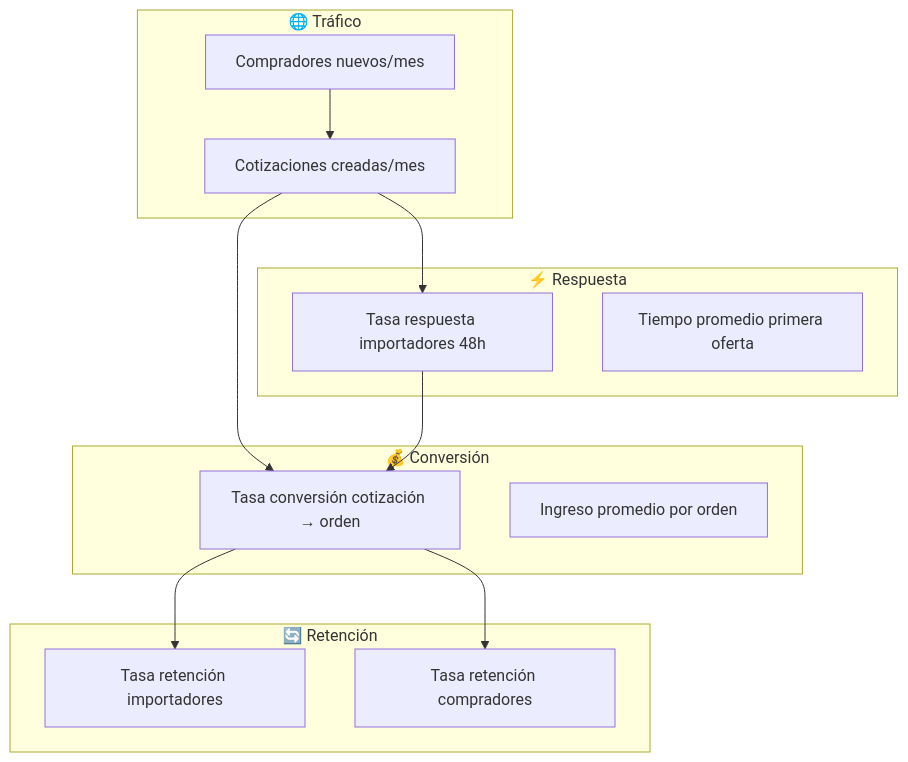
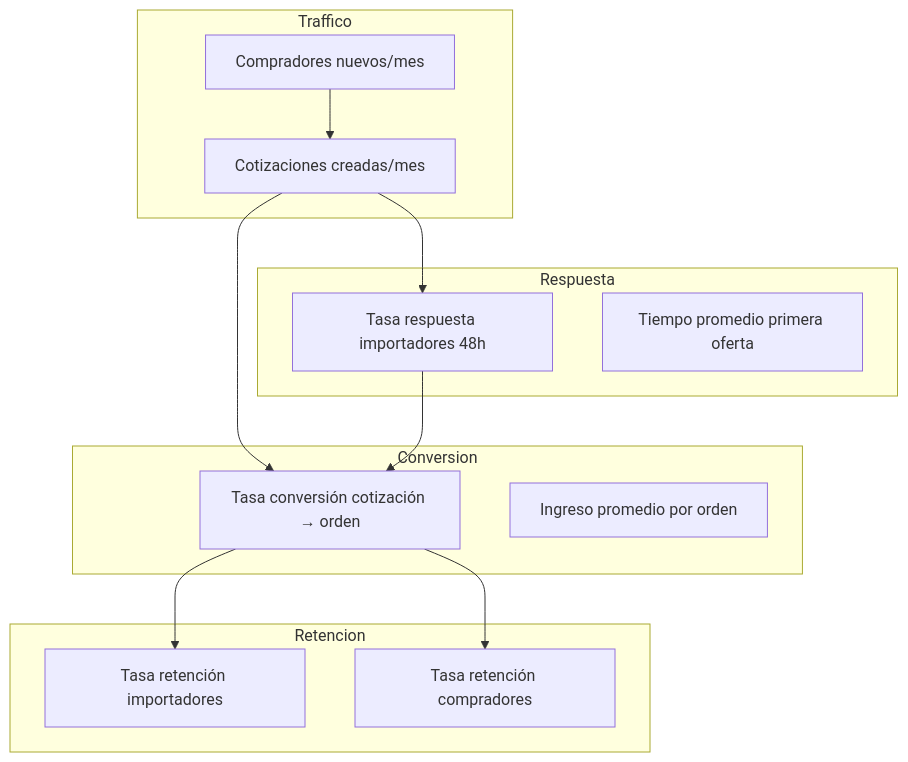
The diagram in ImportacionesQ8V/Inversionistas/Metricas-MVP.md (JuanEstebanAstaiza/ImportacionesQ8), drawn with Mermaid before and after one commit. The commit also changed other lines of this file and 19 other files, not shown here.

````diff
--- a/ImportacionesQ8V/Inversionistas/Metricas-MVP.md
+++ b/ImportacionesQ8V/Inversionistas/Metricas-MVP.md
@@ -109,29 +109,29 @@
 ```mermaid
 graph TD
-    subgraph Tráfico["🌐 Tráfico"]
+    subgraph Tráfico["Traffico"]
         T1[Compradores nuevos/mes]
         T2[Cotizaciones creadas/mes]
     end
     
-    subgraph Respuesta["⚡ Respuesta"]
+    subgraph Respuesta["Respuesta"]
         R1[Tasa respuesta importadores 48h]
         R2[Tiempo promedio primera oferta]
     end
     
-    subgraph Conversión["💰 Conversión"]
+    subgraph Conversion["Conversion"]
         C1[Tasa conversión cotización → orden]
         C2[Ingreso promedio por orden]
     end
     
-    subgraph Retención["🔄 Retención"]
+    subgraph Retencion["Retencion"]
         RET1[Tasa retención importadores]
         RET2[Tasa retención compradores]
     end
     
     T1 --> T2
     T2 --> R1
     T2 --> C1
     R1 --> C1
     C1 --> RET1
     C1 --> RET2
 ```
````
